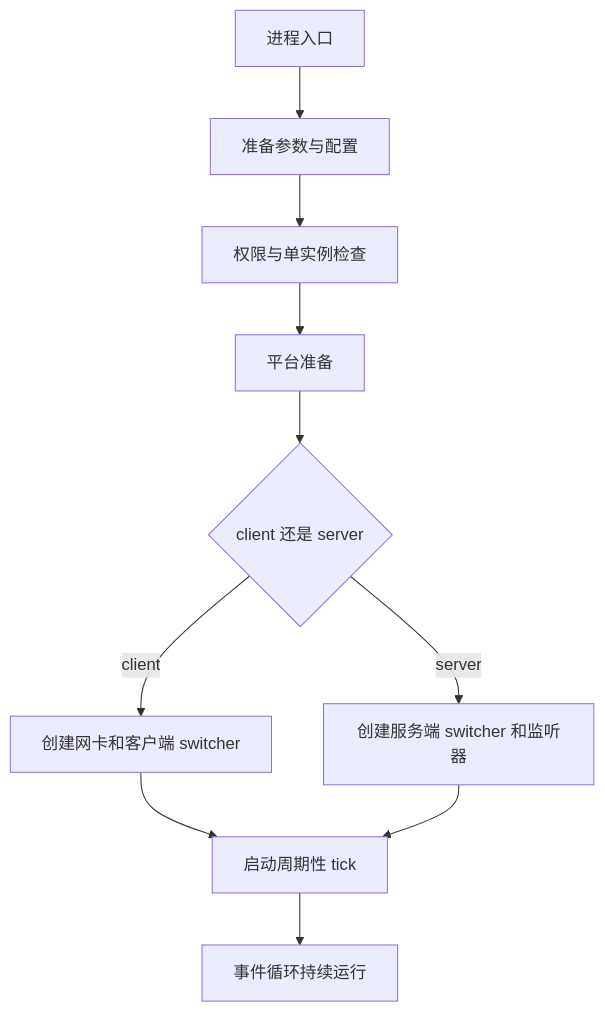
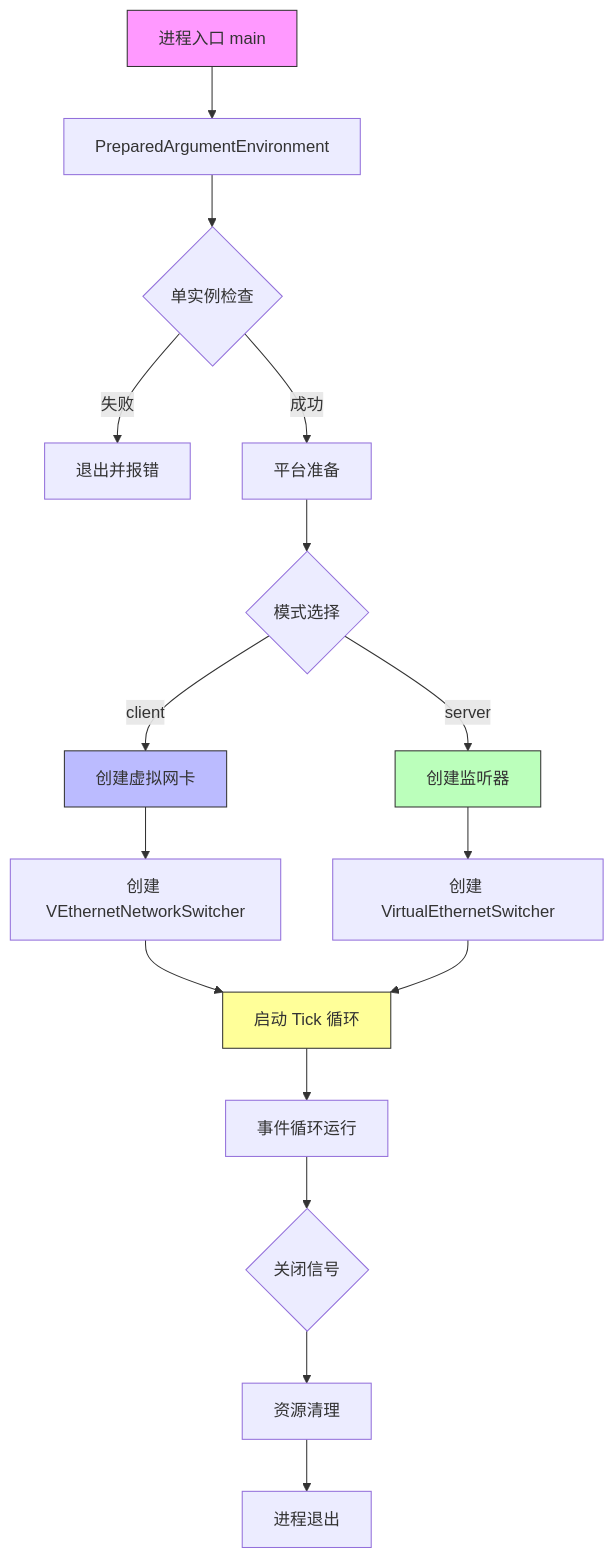
Before and after one commit to HyacinthHaru/openppp2: the second of 7 diagrams in docs/STARTUP_AND_LIFECYCLE_CN.md, drawn with Mermaid. The commit also changed other lines of this file and 31 other files, not shown here.

````diff
--- a/docs/STARTUP_AND_LIFECYCLE_CN.md
+++ b/docs/STARTUP_AND_LIFECYCLE_CN.md
@@ -54,12 +98,23 @@
 ```mermaid
 flowchart TD
-    A[进程入口] --> B[准备参数与配置]
-    B --> C[权限与单实例检查]
-    C --> D[平台准备]
-    D --> E{client 还是 server}
-    E -->|client| F[创建网卡和客户端 switcher]
-    E -->|server| G[创建服务端 switcher 和监听器]
-    F --> H[启动周期性 tick]
-    G --> H
-    H --> I[事件循环持续运行]
+    A[进程入口 main] --> B[PreparedArgumentEnvironment]
+    B --> C{单实例检查}
+    C -->|失败| D[退出并报错]
+    C -->|成功| E[平台准备]
+    E --> F{模式选择}
+    F -->|client| G[创建虚拟网卡]
+    F -->|server| H[创建监听器]
+    G --> I[创建 VEthernetNetworkSwitcher]
+    H --> J[创建 VirtualEthernetSwitcher]
+    I --> K[启动 Tick 循环]
+    J --> K
+    K --> L[事件循环运行]
+    L --> M{关闭信号}
+    M --> N[资源清理]
+    N --> O[进程退出]
+    
+    style A fill:#f9f,stroke:#333
+    style G fill:#bbf,stroke:#333
+    style H fill:#bfb,stroke:#333
+    style K fill:#ff9,stroke:#333
 ```
````
